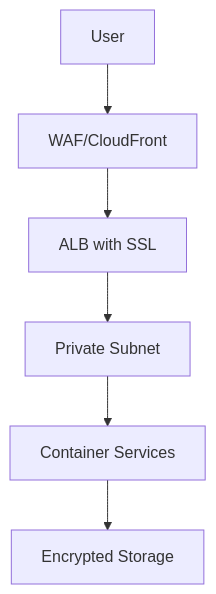
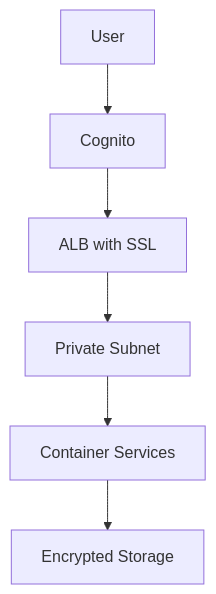
The diagram in docs/security/overview.md (evereven-tech/horizons-omnichat), drawn with Mermaid before and after one commit. The commit also changed other lines of this file and 4 other files, not shown here.

````diff
--- a/docs/security/overview.md
+++ b/docs/security/overview.md
@@ -32,8 +32,8 @@
 ```mermaid
 graph TD
-    A[User] --> B[WAF/CloudFront]
+    A[User] --> B[Cognito]
     B --> C[ALB with SSL]
     C --> D[Private Subnet]
     D --> E[Container Services]
     E --> F[Encrypted Storage]
 ```
````
